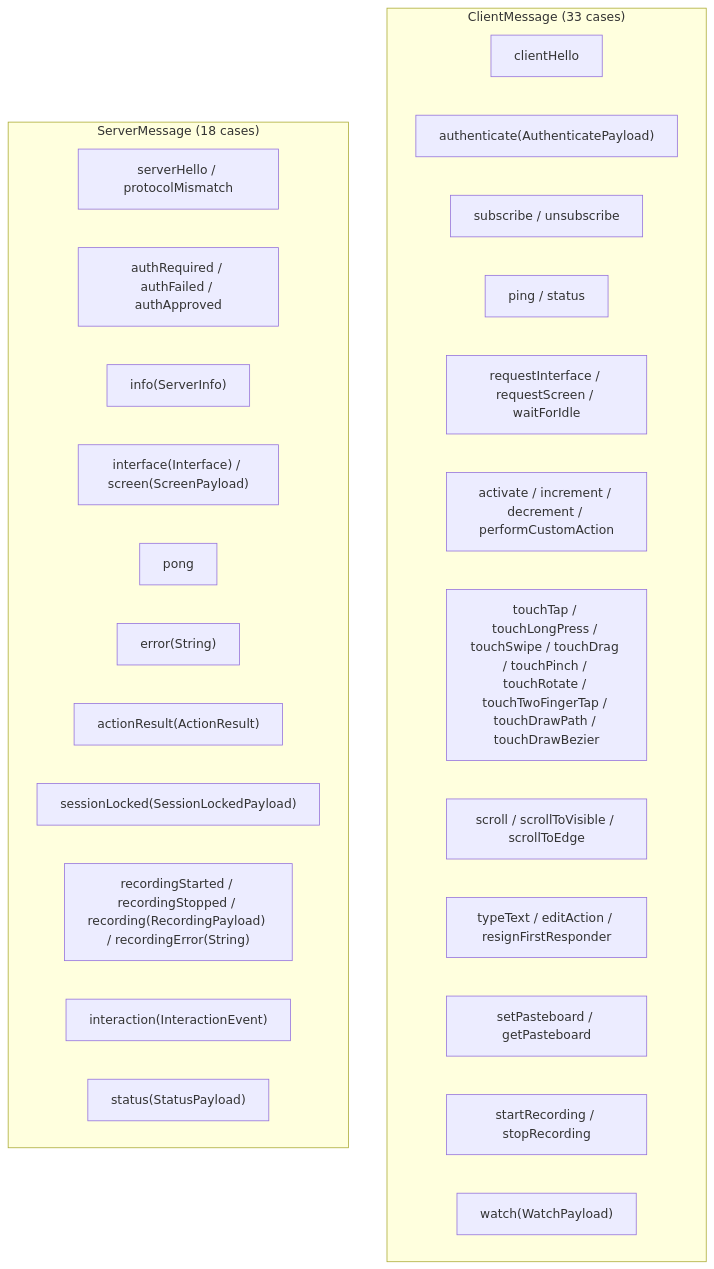
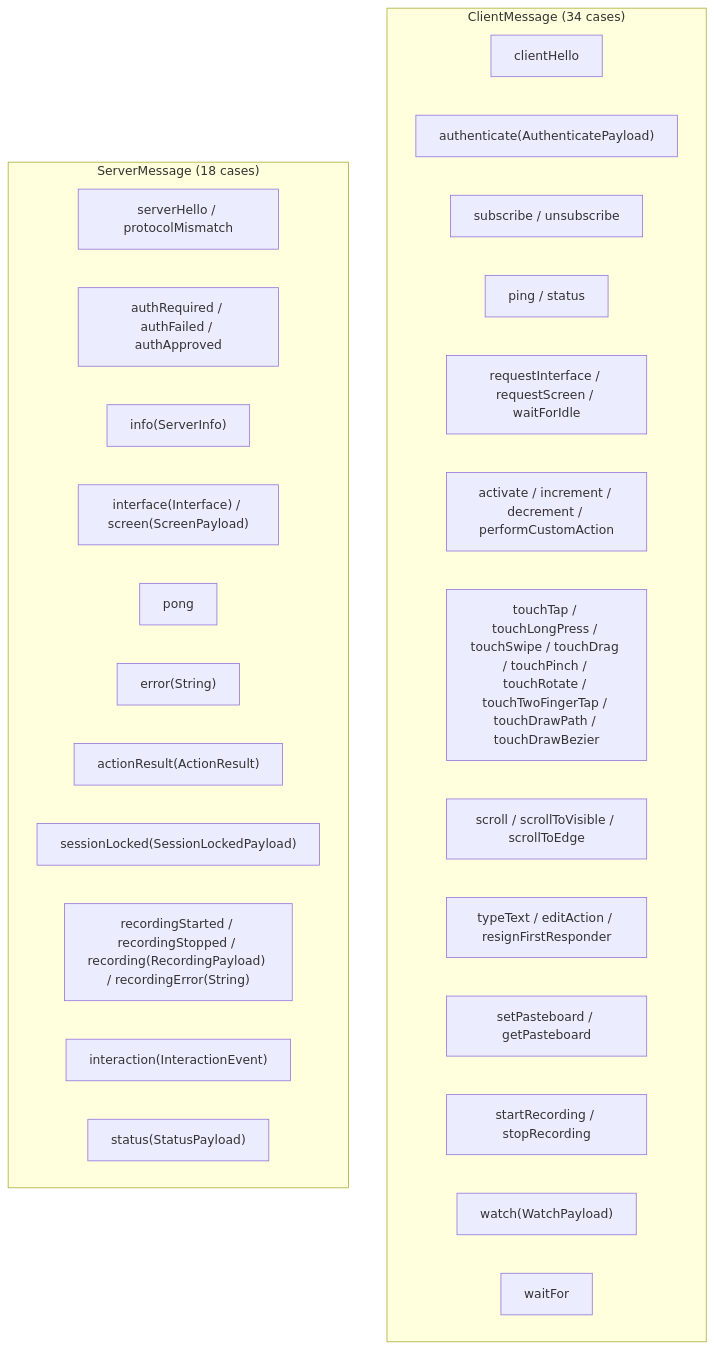
The second of 7 diagrams in docs/dossiers/01-THESCORE.md (RoyalPineapple/TheButtonHeist), drawn with Mermaid before and after one commit. The commit also changed other lines of this file and 61 other files, not shown here.

````diff
--- a/docs/dossiers/01-THESCORE.md
+++ b/docs/dossiers/01-THESCORE.md
@@ -63,31 +63,32 @@
 ```mermaid
 graph TD
-    subgraph ClientMessages["ClientMessage (33 cases)"]
+    subgraph ClientMessages["ClientMessage (34 cases)"]
         Hello["clientHello"]
         Auth["authenticate(AuthenticatePayload)"]
         Sub["subscribe / unsubscribe"]
         Ping["ping / status"]
         Query["requestInterface / requestScreen / waitForIdle"]
         Actions["activate / increment / decrement / performCustomAction"]
         Touch["touchTap / touchLongPress / touchSwipe / touchDrag / touchPinch / touchRotate / touchTwoFingerTap / touchDrawPath / touchDrawBezier"]
         Scroll["scroll / scrollToVisible / scrollToEdge"]
         Text["typeText / editAction / resignFirstResponder"]
         Pasteboard["setPasteboard / getPasteboard"]
         Recording["startRecording / stopRecording"]
         Watch["watch(WatchPayload)"]
+        WaitFor["waitFor"]
     end
 
     subgraph ServerMessages["ServerMessage (18 cases)"]
         HelloResp["serverHello / protocolMismatch"]
         AuthResp["authRequired / authFailed / authApproved"]
         Info["info(ServerInfo)"]
         Data["interface(Interface) / screen(ScreenPayload)"]
         Pong["pong"]
         Error["error(String)"]
         Action["actionResult(ActionResult)"]
         Session["sessionLocked(SessionLockedPayload)"]
         Rec["recordingStarted / recordingStopped / recording(RecordingPayload) / recordingError(String)"]
         Interaction["interaction(InteractionEvent)"]
         Status["status(StatusPayload)"]
     end
 ```
````
